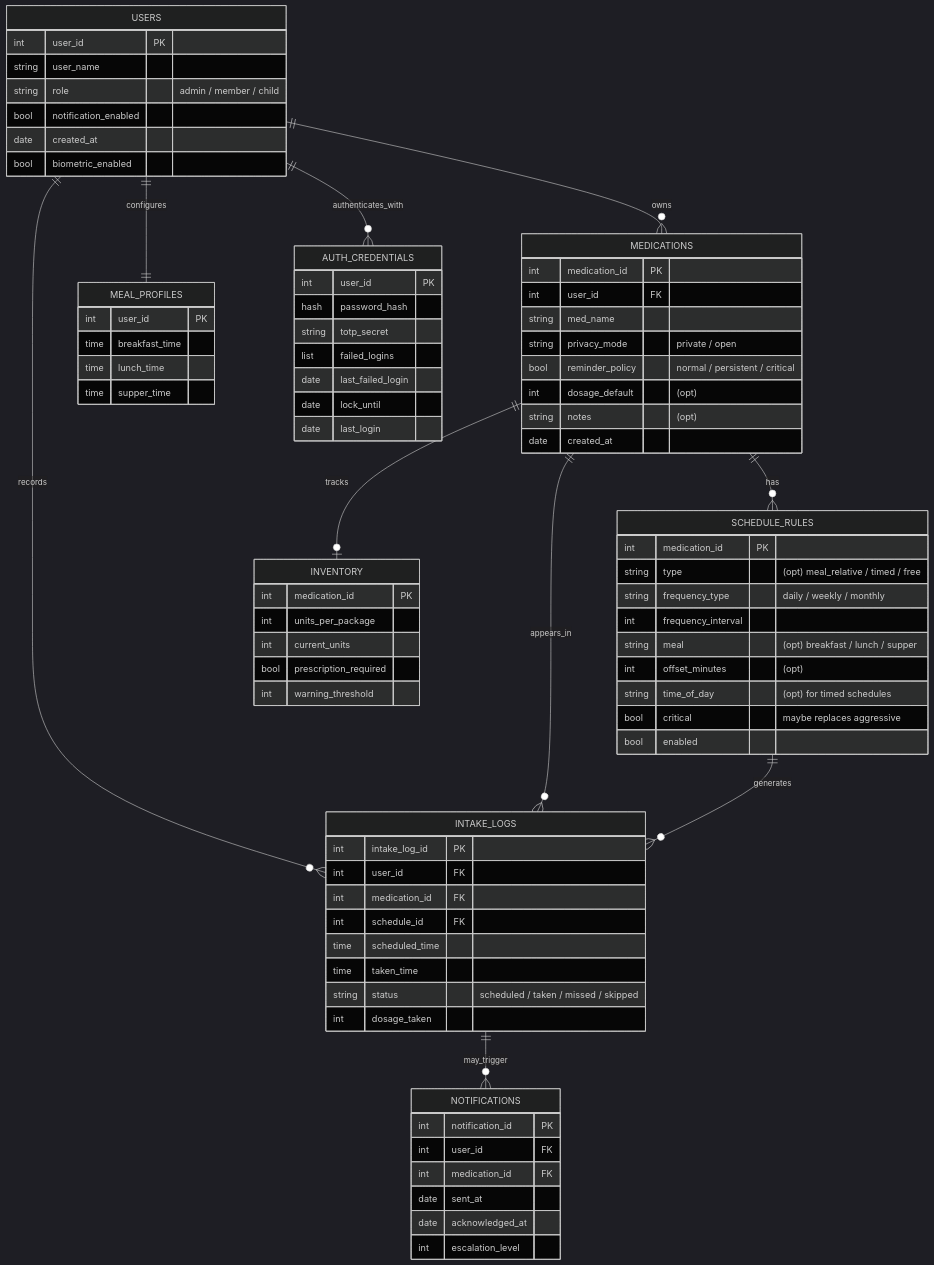
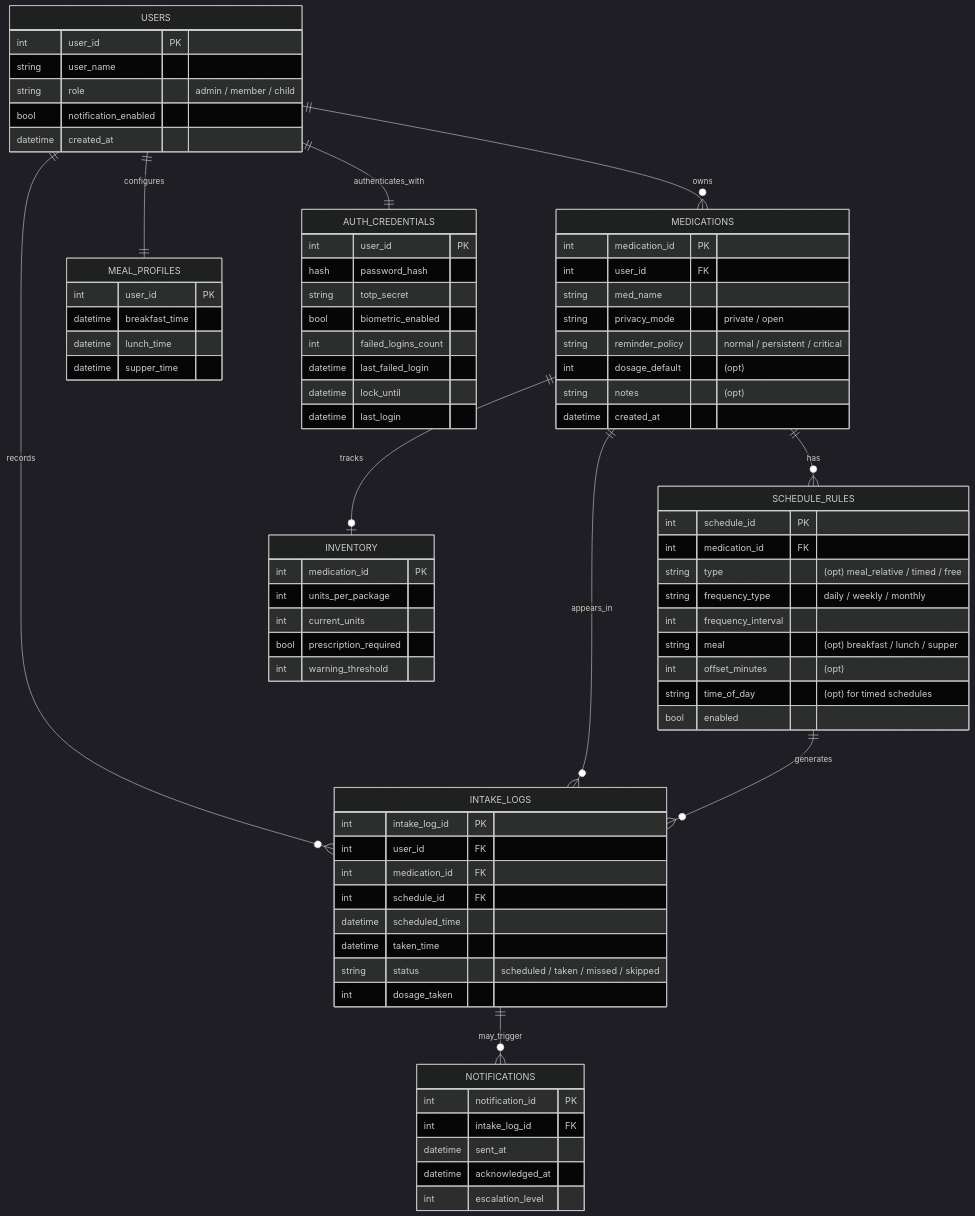
One commit to juscghwe/pilltracker changed the third of 3 diagrams in docs/SDD.md. Above: the diagram before and after it, drawn with Mermaid (dark theme). The commit also changed other lines of this file, not shown here.

Commit message:
docs: cleanings and db fixes

````diff
--- a/docs/SDD.md
+++ b/docs/SDD.md
@@ -124,7 +124,7 @@
 erDiagram
     USERS ||--o{ MEDICATIONS : owns
     USERS ||--|| MEAL_PROFILES : configures
-    USERS ||--o{ AUTH_CREDENTIALS : authenticates_with
+    USERS ||--|| AUTH_CREDENTIALS : authenticates_with
     USERS ||--o{ INTAKE_LOGS : records
 
     MEDICATIONS ||--o{ SCHEDULE_RULES : has
@@ -140,8 +140,7 @@
         string user_name
         string role "admin / member / child"
         bool notification_enabled
-        date created_at
-        bool biometric_enabled
+        datetime created_at
     }
 
     MEDICATIONS {
@@ -149,21 +148,21 @@
         int user_id FK
         string med_name
         string privacy_mode "private / open"
-        bool reminder_policy "normal / persistent / critical"
+        string reminder_policy "normal / persistent / critical"
         int dosage_default "(opt)"
         string notes "(opt)"
-        date created_at
+        datetime created_at
     }
 
     SCHEDULE_RULES {
-        int medication_id PK
+        int schedule_id PK
+        int medication_id FK
         string type "(opt) meal_relative / timed / free"
         string frequency_type "daily / weekly / monthly"
         int frequency_interval
         string meal "(opt) breakfast / lunch / supper"
         int offset_minutes "(opt)"
         string time_of_day "(opt) for timed schedules"
-        bool critical "maybe replaces aggressive"
         bool enabled
     }
 
@@ -177,9 +176,9 @@
 
     MEAL_PROFILES {
         int user_id PK
-        time breakfast_time
-        time lunch_time
-        time supper_time
+        datetime breakfast_time
+        datetime lunch_time
+        datetime supper_time
     }
     
     INTAKE_LOGS {
@@ -187,18 +186,17 @@
         int user_id FK
         int medication_id FK
         int schedule_id FK
-        time scheduled_time
-        time taken_time
+        datetime scheduled_time
+        datetime taken_time
         string status "scheduled / taken / missed / skipped"
         int dosage_taken
     }
 
     NOTIFICATIONS {
         int notification_id PK
-        int user_id FK
-        int medication_id FK
-        date sent_at
-        date acknowledged_at
+        int intake_log_id FK
+        datetime sent_at
+        datetime acknowledged_at
         int escalation_level
     }
 
@@ -206,9 +204,10 @@
         int user_id PK
         hash password_hash
         string totp_secret
-        list failed_logins
-        date last_failed_login
-        date lock_until
-        date last_login
+        bool biometric_enabled
+        int failed_logins_count
+        datetime last_failed_login
+        datetime lock_until
+        datetime last_login
     }
 ```
````
